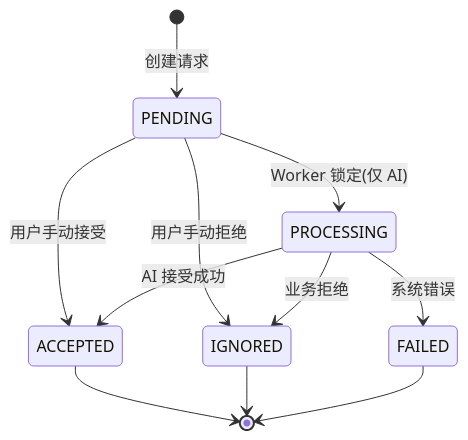
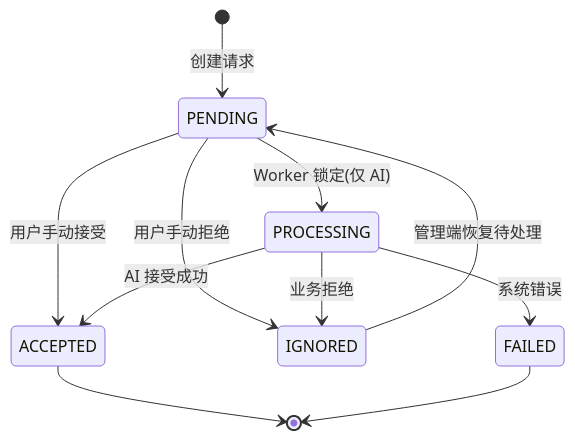
The diagram in docs/spec/contact/request-flow.md (Monopink/ailo), drawn with Mermaid before and after one commit. The commit also changed other lines of this file and 9 other files, not shown here.

````diff
--- a/docs/spec/contact/request-flow.md
+++ b/docs/spec/contact/request-flow.md
@@ -68,16 +68,16 @@
 ```mermaid
 stateDiagram-v2
     [*] --> PENDING: 创建请求
 
     PENDING --> PROCESSING: Worker 锁定(仅 AI)
     PENDING --> ACCEPTED: 用户手动接受
     PENDING --> IGNORED: 用户手动拒绝
 
     PROCESSING --> ACCEPTED: AI 接受成功
     PROCESSING --> IGNORED: 业务拒绝
     PROCESSING --> FAILED: 系统错误
 
     ACCEPTED --> [*]
-    IGNORED --> [*]
+    IGNORED --> PENDING: 管理端恢复待处理
     FAILED --> [*]
 ```
````
